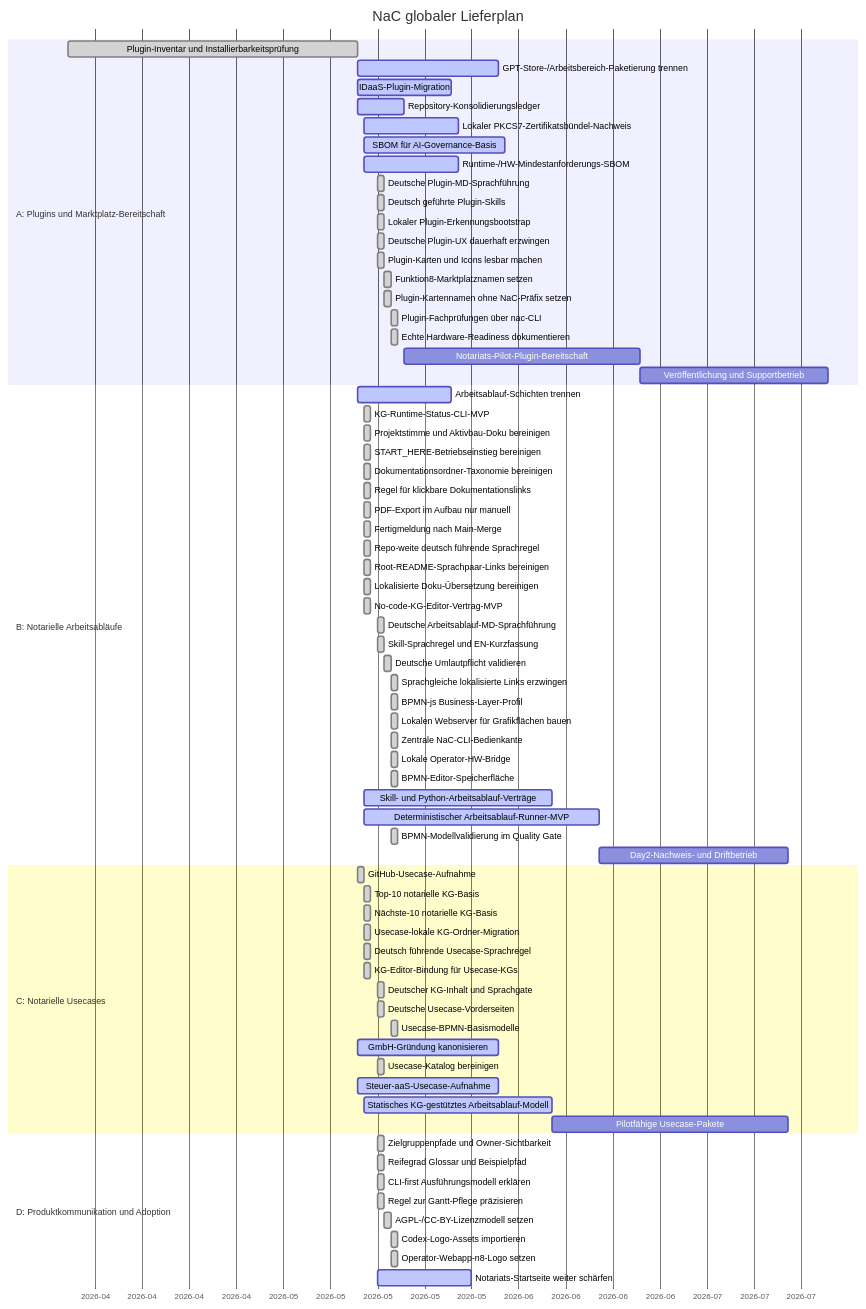
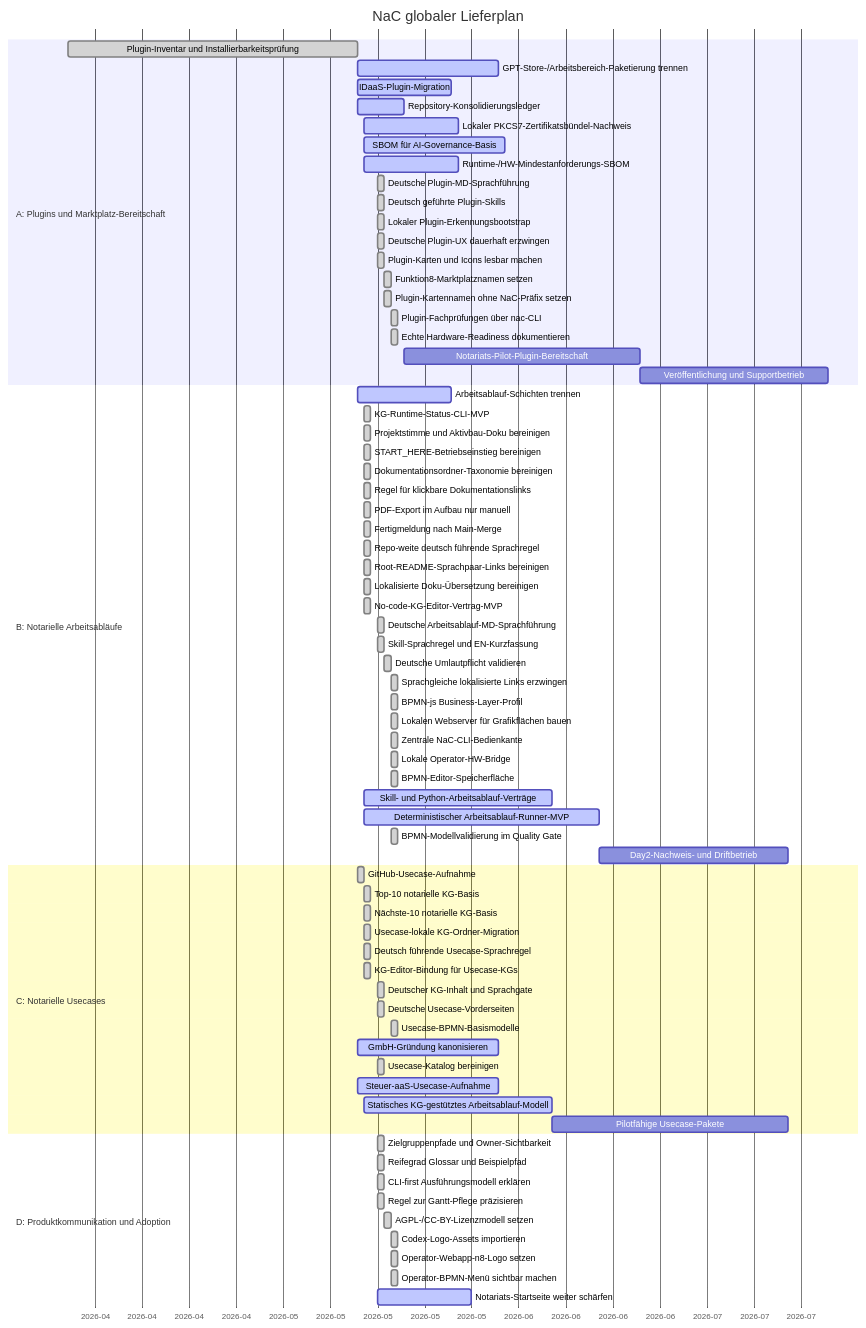
One commit to notariat8/NaC changed the diagram in roadmap/GANTT.md. Above: the diagram before and after it, drawn with Mermaid. The commit also changed other lines of this file and 4 other files, not shown here.

Commit message:
Expose BPMN editors in operator menu

````diff
--- a/roadmap/GANTT.md
+++ b/roadmap/GANTT.md
@@ -14,79 +14,80 @@
 ```mermaid
 gantt
     title NaC globaler Lieferplan
     dateFormat  YYYY-MM-DD
     axisFormat  %Y-%m
 
     section A: Plugins und Marktplatz-Bereitschaft
     Plugin-Inventar und Installierbarkeitsprüfung :done, a1, 2026-04-01, 2026-05-14
     GPT-Store-/Arbeitsbereich-Paketierung trennen :active, a2, 2026-05-14, 21d
     IDaaS-Plugin-Migration                       :active,  a3, 2026-05-14, 14d
     Repository-Konsolidierungsledger             :active,  a4, 2026-05-14, 7d
     Lokaler PKCS7-Zertifikatsbündel-Nachweis    :active,  a4a, 2026-05-15, 14d
     SBOM für AI-Governance-Basis                :active,  a4b, 2026-05-15, 21d
     Runtime-/HW-Mindestanforderungs-SBOM         :active,  a4c, 2026-05-15, 14d
     Deutsche Plugin-MD-Sprachführung            :done,    a4d, 2026-05-17, 1d
     Deutsch geführte Plugin-Skills              :done,    a4e, 2026-05-17, 1d
     Lokaler Plugin-Erkennungsbootstrap           :done,    a4f, 2026-05-17, 1d
     Deutsche Plugin-UX dauerhaft erzwingen       :done,    a4g, 2026-05-17, 1d
     Plugin-Karten und Icons lesbar machen        :done,    a4h, 2026-05-17, 1d
     Funktion8-Marktplatznamen setzen             :done,    a4i, 2026-05-18, 1d
     Plugin-Kartennamen ohne NaC-Präfix setzen    :done,    a4j, 2026-05-18, 1d
     Plugin-Fachprüfungen über nac-CLI            :done,    a4k, 2026-05-19, 1d
     Echte Hardware-Readiness dokumentieren       :done,    a4l, 2026-05-19, 1d
     Notariats-Pilot-Plugin-Bereitschaft          :         a5, after a4, 35d
     Veröffentlichung und Supportbetrieb         :         a6, after a5, 28d
 
     section B: Notarielle Arbeitsabläufe
     Arbeitsablauf-Schichten trennen              :active,  b1, 2026-05-14, 14d
     KG-Runtime-Status-CLI-MVP                    :done,    b1a, 2026-05-15, 1d
     Projektstimme und Aktivbau-Doku bereinigen   :done,    b1b, 2026-05-15, 1d
     START_HERE-Betriebseinstieg bereinigen       :done,    b1c, 2026-05-15, 1d
     Dokumentationsordner-Taxonomie bereinigen    :done,    b1d, 2026-05-15, 1d
     Regel für klickbare Dokumentationslinks     :done,    b1e, 2026-05-15, 1d
     PDF-Export im Aufbau nur manuell             :done,    b1f, 2026-05-15, 1d
     Fertigmeldung nach Main-Merge                :done,    b1g, 2026-05-15, 1d
     Repo-weite deutsch führende Sprachregel     :done,    b1h, 2026-05-15, 1d
     Root-README-Sprachpaar-Links bereinigen      :done,    b1i, 2026-05-15, 1d
     Lokalisierte Doku-Übersetzung bereinigen    :done,    b1j, 2026-05-15, 1d
     No-code-KG-Editor-Vertrag-MVP                :done,    b1k, 2026-05-15, 1d
     Deutsche Arbeitsablauf-MD-Sprachführung     :done,    b1l, 2026-05-17, 1d
     Skill-Sprachregel und EN-Kurzfassung         :done,    b1m, 2026-05-17, 1d
     Deutsche Umlautpflicht validieren            :done,    b1n, 2026-05-18, 1d
     Sprachgleiche lokalisierte Links erzwingen   :done,    b1na, 2026-05-19, 1d
     BPMN-js Business-Layer-Profil                :done,    b1o, 2026-05-19, 1d
     Lokalen Webserver für Grafikflächen bauen   :done,    b1p, 2026-05-19, 1d
     Zentrale NaC-CLI-Bedienkante                 :done,    b1q, 2026-05-19, 1d
     Lokale Operator-HW-Bridge                    :done,    b1r, 2026-05-19, 1d
     BPMN-Editor-Speicherfläche                   :done,    b1s, 2026-05-19, 1d
     Skill- und Python-Arbeitsablauf-Verträge    :active,  b2, 2026-05-15, 28d
     Deterministischer Arbeitsablauf-Runner-MVP   :active,  b3, 2026-05-15, 35d
     BPMN-Modellvalidierung im Quality Gate       :done,    b3a, 2026-05-19, 1d
     Day2-Nachweis- und Driftbetrieb              :         b4, after b3, 28d
 
     section C: Notarielle Usecases
     GitHub-Usecase-Aufnahme                      :done,    c1, 2026-05-14, 1d
     Top-10 notarielle KG-Basis                   :done,    c2, 2026-05-15, 1d
     Nächste-10 notarielle KG-Basis              :done,    c3, 2026-05-15, 1d
     Usecase-lokale KG-Ordner-Migration           :done,    c3a, 2026-05-15, 1d
     Deutsch führende Usecase-Sprachregel        :done,    c3b, 2026-05-15, 1d
     KG-Editor-Bindung für Usecase-KGs           :done,    c3c, 2026-05-15, 1d
     Deutscher KG-Inhalt und Sprachgate           :done,    c3d, 2026-05-17, 1d
     Deutsche Usecase-Vorderseiten                :done,    c3e, 2026-05-17, 1d
     Usecase-BPMN-Basismodelle                    :done,    c3f, 2026-05-19, 1d
     GmbH-Gründung kanonisieren                  :active,  c4, 2026-05-14, 21d
     Usecase-Katalog bereinigen                 :done,    c5, 2026-05-17, 1d
     Steuer-aaS-Usecase-Aufnahme                  :active,  c6, 2026-05-14, 21d
     Statisches KG-gestütztes Arbeitsablauf-Modell :active, c7, 2026-05-15, 28d
     Pilotfähige Usecase-Pakete                  :         c8, after c7, 35d
 
     section D: Produktkommunikation und Adoption
     Zielgruppenpfade und Owner-Sichtbarkeit      :done,    d1, 2026-05-17, 1d
     Reifegrad Glossar und Beispielpfad           :done,    d1a, 2026-05-17, 1d
     CLI-first Ausführungsmodell erklären       :done,    d1b, 2026-05-17, 1d
     Regel zur Gantt-Pflege präzisieren         :done,    d1c, 2026-05-17, 1d
     AGPL-/CC-BY-Lizenzmodell setzen              :done,    d1d, 2026-05-18, 1d
     Codex-Logo-Assets importieren                :done,    d1e, 2026-05-19, 1d
     Operator-Webapp-n8-Logo setzen               :done,    d1f, 2026-05-19, 1d
+    Operator-BPMN-Menü sichtbar machen           :done,    d1g, 2026-05-19, 1d
     Notariats-Startseite weiter schärfen        :active,  d2, 2026-05-17, 14d
 ```
````
